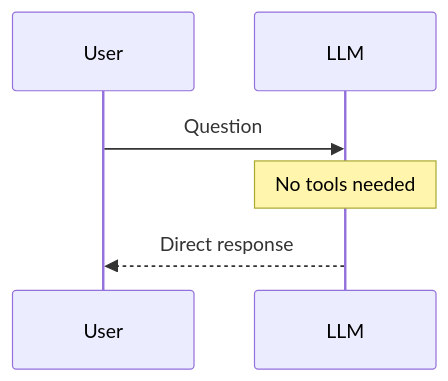
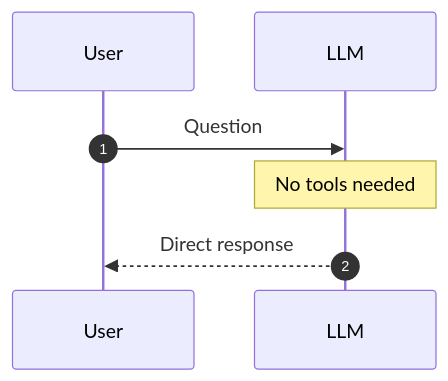
The first of 3 diagrams in inst/blog/agents.qmd (cynkra/ragent), drawn with Mermaid before and after one commit. The commit also changed other lines of this file and 2 other files, not shown here.

````diff
--- a/inst/blog/agents.qmd
+++ b/inst/blog/agents.qmd
@@ -68,9 +64,10 @@
 ```{mermaid}
 sequenceDiagram
+    autonumber
     participant User
     participant LLM
 
     User->>LLM: Question
     Note over LLM: No tools needed
     LLM-->>User: Direct response
 ```
````
